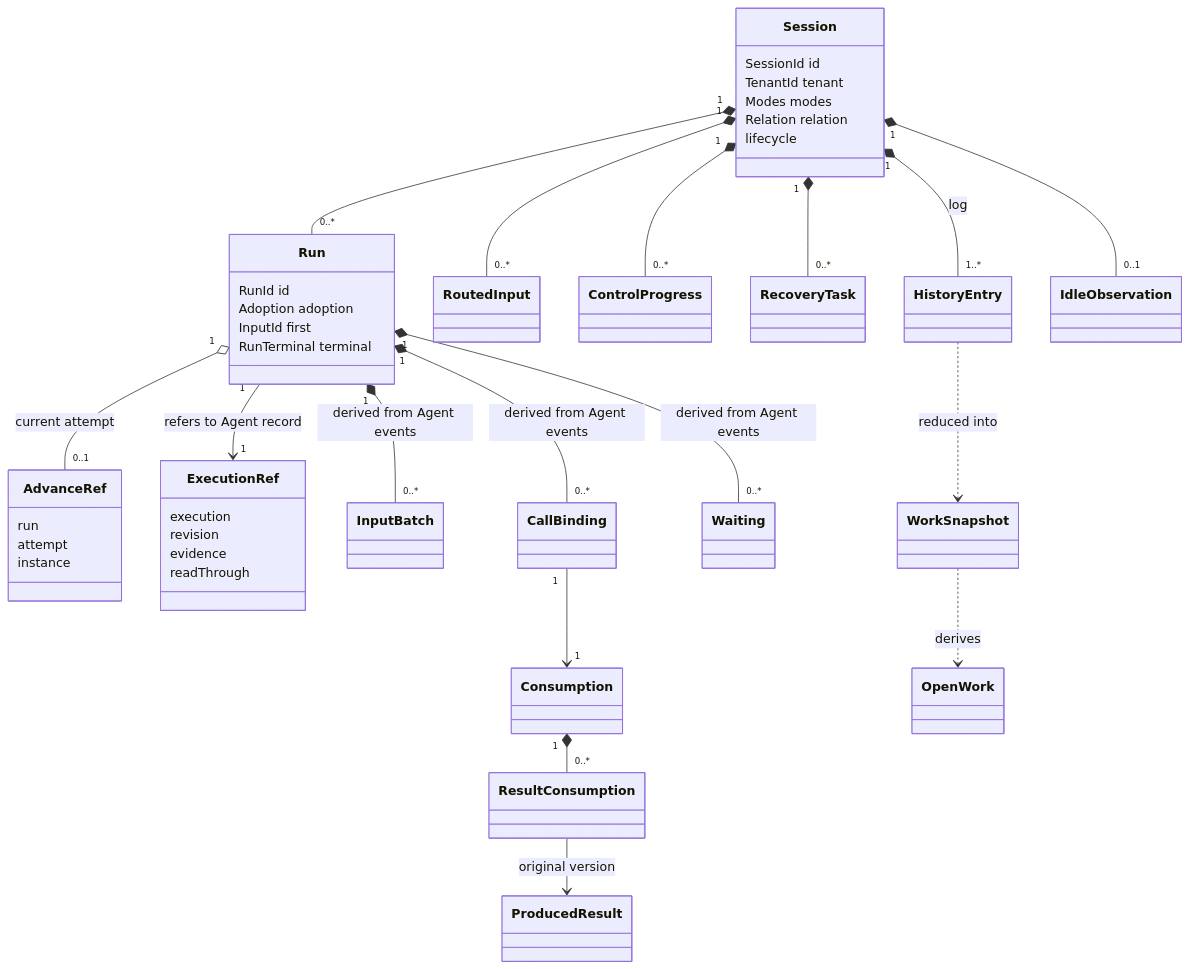
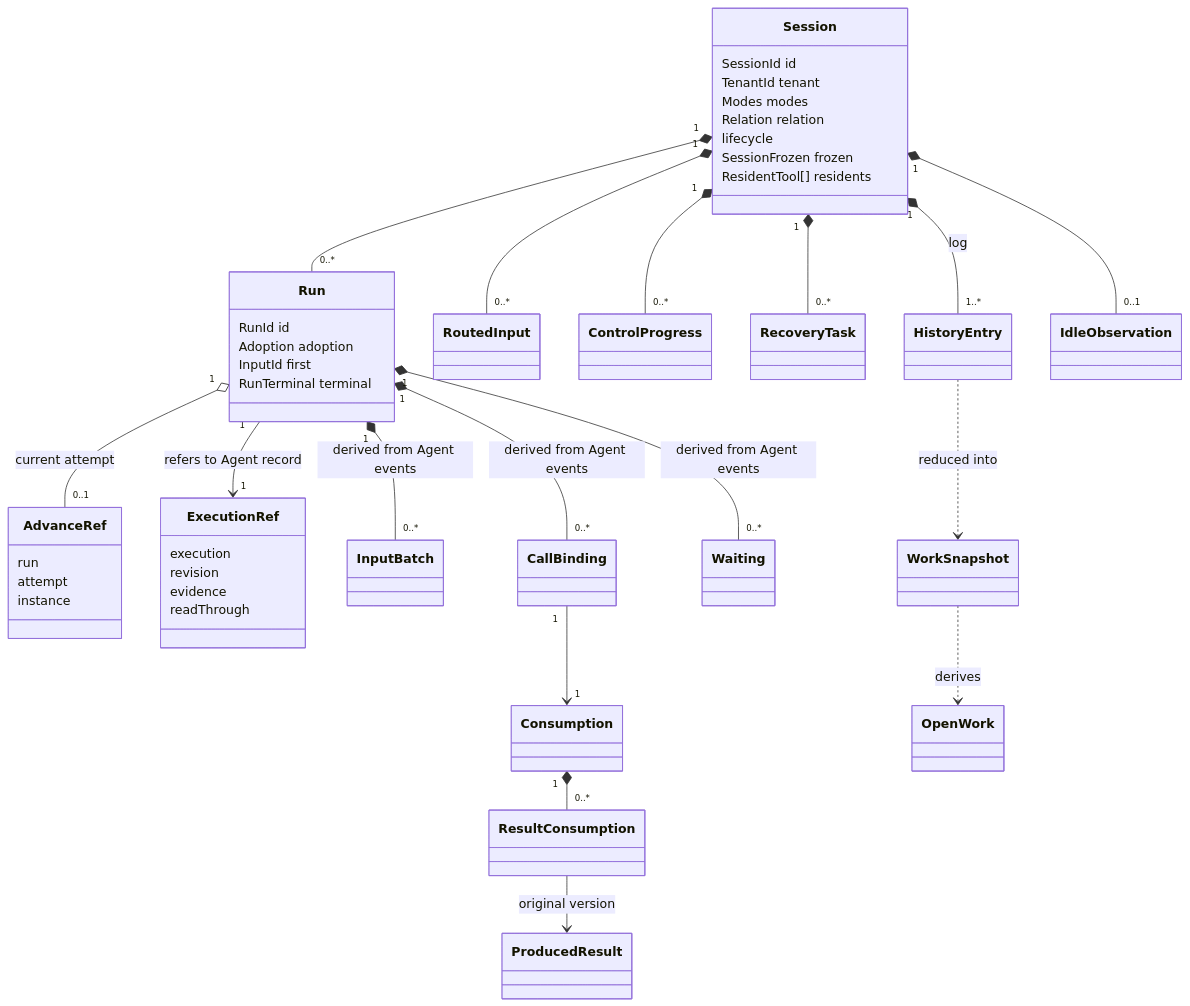
One commit to nemori-ai/omne-harness-lite changed the diagram in packages/session/session-contract/docs/object-model/README.md. Above: the diagram before and after it, drawn with Mermaid. The commit also changed other lines of this file and 7 other files, not shown here.

````diff
--- a/packages/session/session-contract/docs/object-model/README.md
+++ b/packages/session/session-contract/docs/object-model/README.md
@@ -85,43 +87,45 @@
 ```mermaid
 classDiagram
   class Session {
     SessionId id
     TenantId tenant
     Modes modes
     Relation relation
     lifecycle
+    SessionFrozen frozen
+    ResidentTool[] residents
   }
   class Run {
     RunId id
     Adoption adoption
     InputId first
     RunTerminal terminal
   }
   class AdvanceRef {
     run
     attempt
     instance
   }
   class ExecutionRef {
     execution
     revision
     evidence
     readThrough
   }
   Session "1" *-- "0..*" Run
   Session "1" *-- "0..*" RoutedInput
   Session "1" *-- "0..*" ControlProgress
   Session "1" *-- "0..*" RecoveryTask
   Session "1" *-- "1..*" HistoryEntry : log
   Session "1" *-- "0..1" IdleObservation
   Run "1" *-- "0..*" InputBatch : derived from Agent events
   Run "1" o-- "0..1" AdvanceRef : current attempt
   Run "1" --> "1" ExecutionRef : refers to Agent record
   Run "1" *-- "0..*" CallBinding : derived from Agent events
   Run "1" *-- "0..*" Waiting : derived from Agent events
   CallBinding "1" --> "1" Consumption
   Consumption "1" *-- "0..*" ResultConsumption
   ResultConsumption --> ProducedResult : original version
   HistoryEntry ..> WorkSnapshot : reduced into
   WorkSnapshot ..> OpenWork : derives
 ```
````
